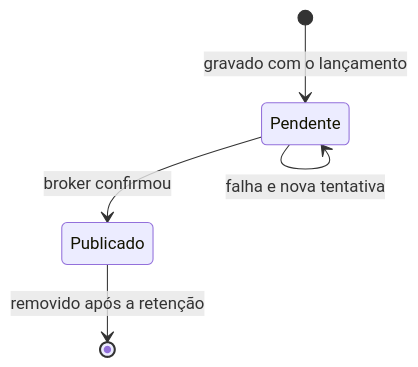
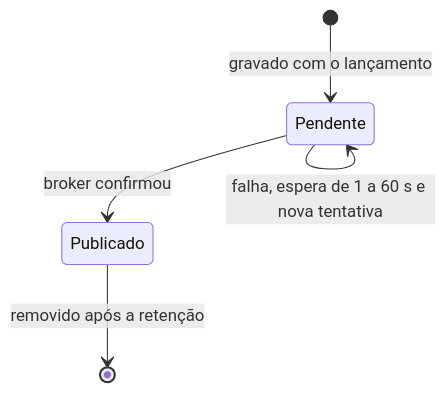
One commit to adrielcodeco/daily-cash-flow changed diagram 11 of 12 in docs/03-arquitetura-alvo.md. Above: the diagram before and after it, drawn with Mermaid. The commit also changed other lines of this file and 142 other files, not shown here.

````diff
--- a/docs/03-arquitetura-alvo.md
+++ b/docs/03-arquitetura-alvo.md
@@ -241,7 +241,7 @@
 ```mermaid
 stateDiagram-v2
     [*] --> Pendente: gravado com o lançamento
     Pendente --> Publicado: broker confirmou
-    Pendente --> Pendente: falha e nova tentativa
+    Pendente --> Pendente: falha, espera de 1 a 60 s e nova tentativa
     Publicado --> [*]: removido após a retenção
 ```
````
